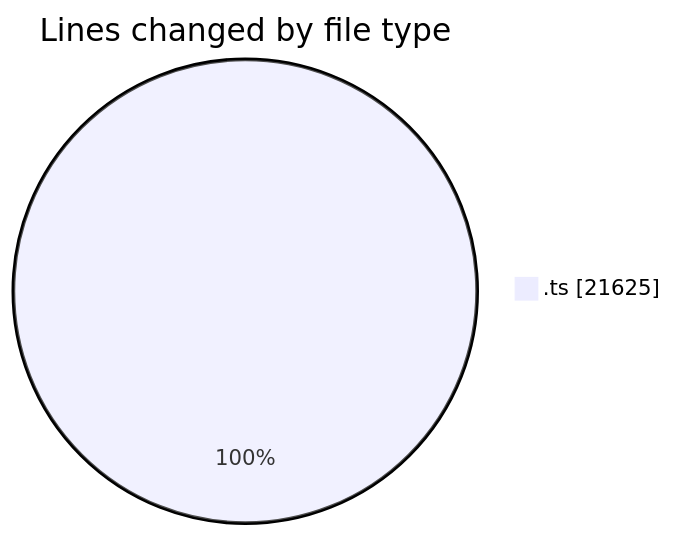
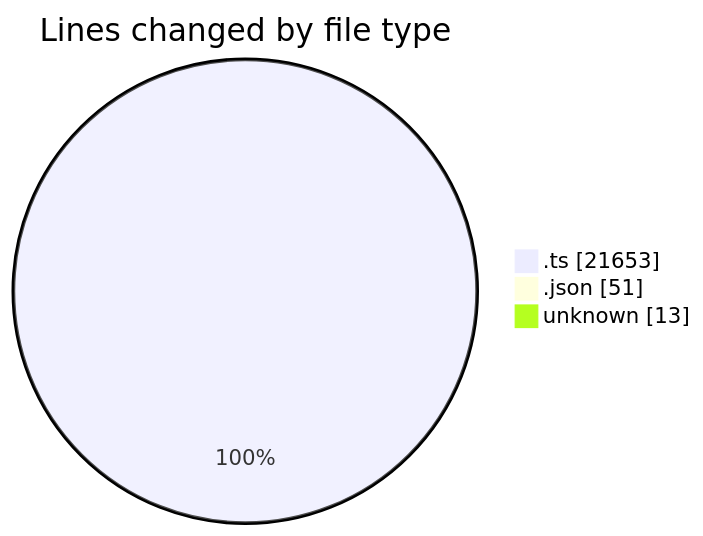
Before and after one commit to momahboobian/code-tracking: the first of 2 diagrams in 2025-09-09/cda/README.md, drawn with Mermaid. The commit also changed other lines of this file and 1 other file, not shown here.

````diff
--- a/2025-09-09/cda/README.md
+++ b/2025-09-09/cda/README.md
@@ -61,5 +64,7 @@
 ```mermaid
 pie showData
 title Lines changed by file type
-".ts" : 21625
+".ts" : 21653
+".json" : 51
+"unknown" : 13
 ```
````
